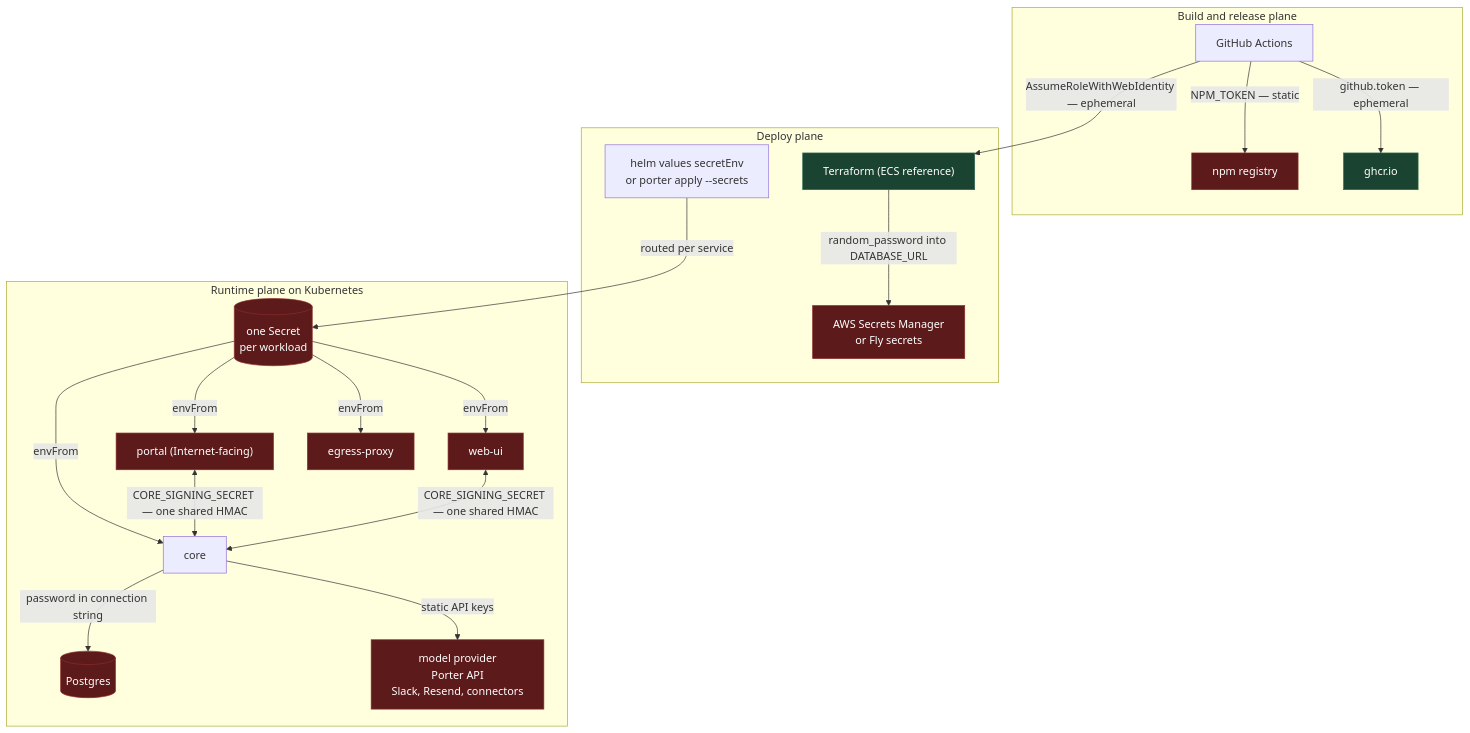
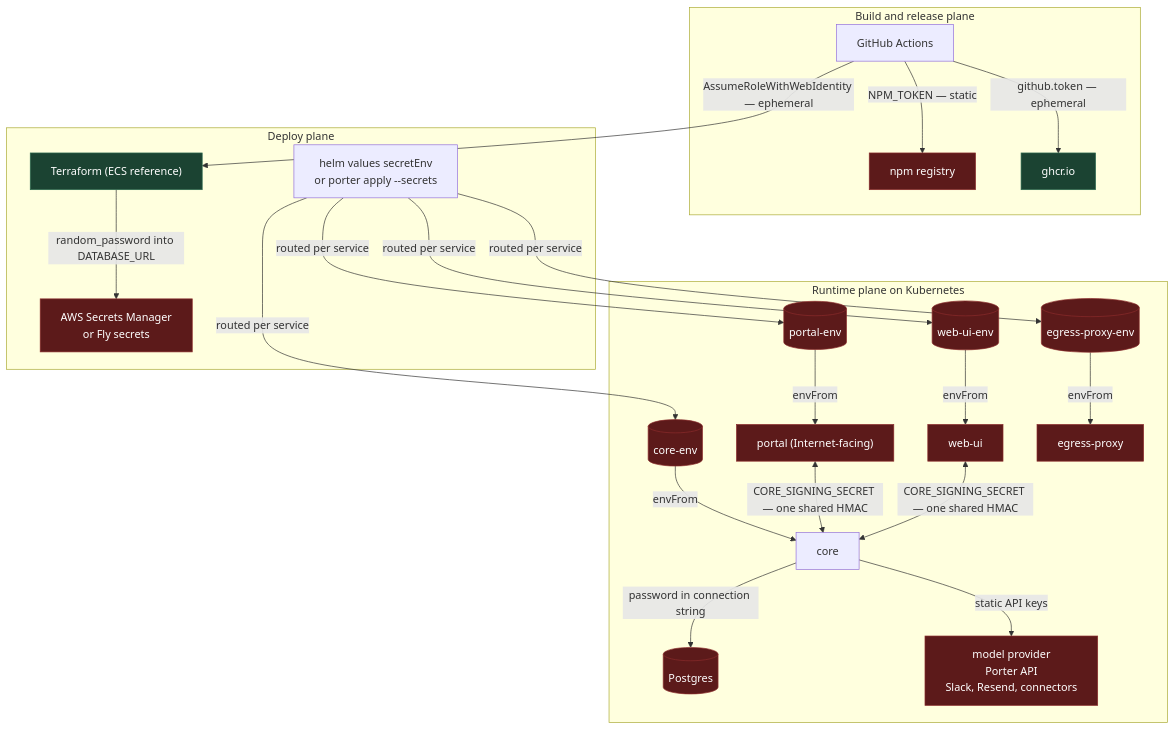
One commit to agentsky/qm changed the first of 5 diagrams in deploy/layers/agentsky/docs/secretless.md. Above: the diagram before and after it, drawn with Mermaid. The commit also changed other lines of this file and 1 other file, not shown here.

````diff
--- a/deploy/layers/agentsky/docs/secretless.md
+++ b/deploy/layers/agentsky/docs/secretless.md
@@ -87,43 +87,49 @@
 ```mermaid
 graph TB
   subgraph Build["Build and release plane"]
     GHA["GitHub Actions"]
     NPM["npm registry"]
     GHCR["ghcr.io"]
   end
 
   subgraph Deploy["Deploy plane"]
     Helm["helm values secretEnv<br/>or porter apply --secrets"]
     TF["Terraform (ECS reference)"]
     SM["AWS Secrets Manager<br/>or Fly secrets"]
   end
 
   subgraph Runtime["Runtime plane on Kubernetes"]
-    Sec[("one Secret<br/>per workload")]
+    SecC[("core-env")]
+    SecP[("portal-env")]
+    SecW[("web-ui-env")]
+    SecE[("egress-proxy-env")]
     Core["core"]
     Portal["portal (Internet-facing)"]
     Web["web-ui"]
     Egress["egress-proxy"]
     PG[("Postgres")]
     Vendors["model provider<br/>Porter API<br/>Slack, Resend, connectors"]
   end
 
   GHA -->|"github.token — ephemeral"| GHCR
   GHA -->|"NPM_TOKEN — static"| NPM
   GHA -->|"AssumeRoleWithWebIdentity — ephemeral"| TF
   TF -->|"random_password into DATABASE_URL"| SM
-  Helm -->|"routed per service"| Sec
-  Sec -->|"envFrom"| Core
-  Sec -->|"envFrom"| Portal
-  Sec -->|"envFrom"| Web
-  Sec -->|"envFrom"| Egress
+    Helm -->|"routed per service"| SecC
+  Helm -->|"routed per service"| SecP
+  Helm -->|"routed per service"| SecW
+  Helm -->|"routed per service"| SecE
+  SecC -->|"envFrom"| Core
+  SecP -->|"envFrom"| Portal
+  SecW -->|"envFrom"| Web
+  SecE -->|"envFrom"| Egress
   Portal <-->|"CORE_SIGNING_SECRET — one shared HMAC"| Core
   Web <-->|"CORE_SIGNING_SECRET — one shared HMAC"| Core
   Core -->|"password in connection string"| PG
   Core -->|"static API keys"| Vendors
 
   classDef good fill:#1b4332,stroke:#2d6a4f,color:#fff
   classDef bad fill:#5c1a1a,stroke:#8b2c2c,color:#fff
   class GHCR,TF good
-  class NPM,SM,Sec,PG,Vendors,Portal,Web,Egress bad
+  class NPM,SM,SecC,SecP,SecW,SecE,PG,Vendors,Portal,Web,Egress bad
 ```
````
